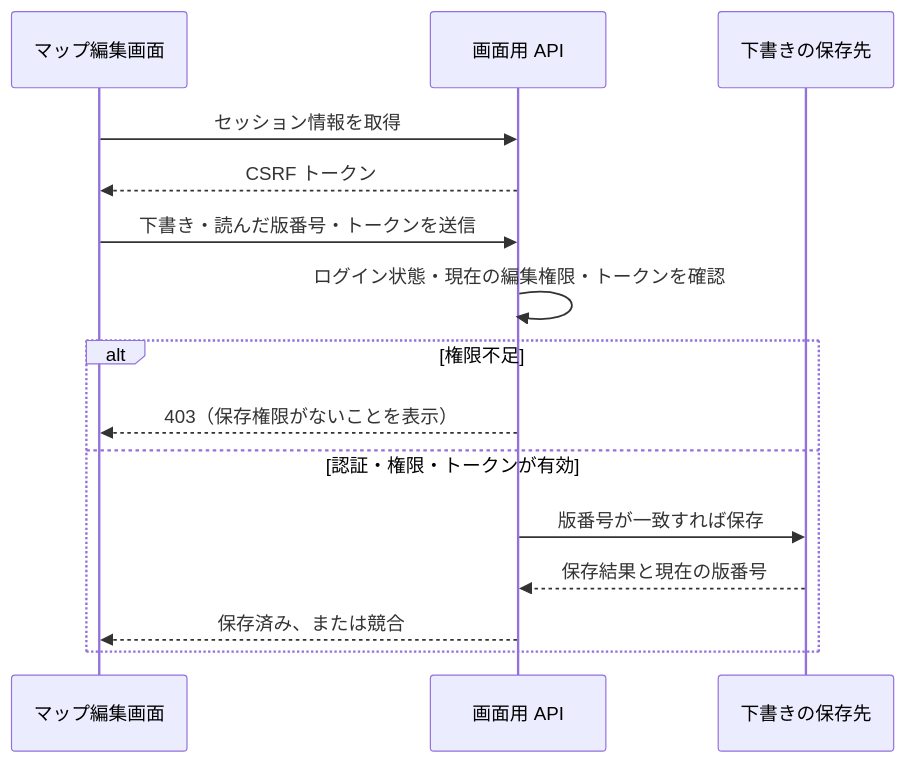
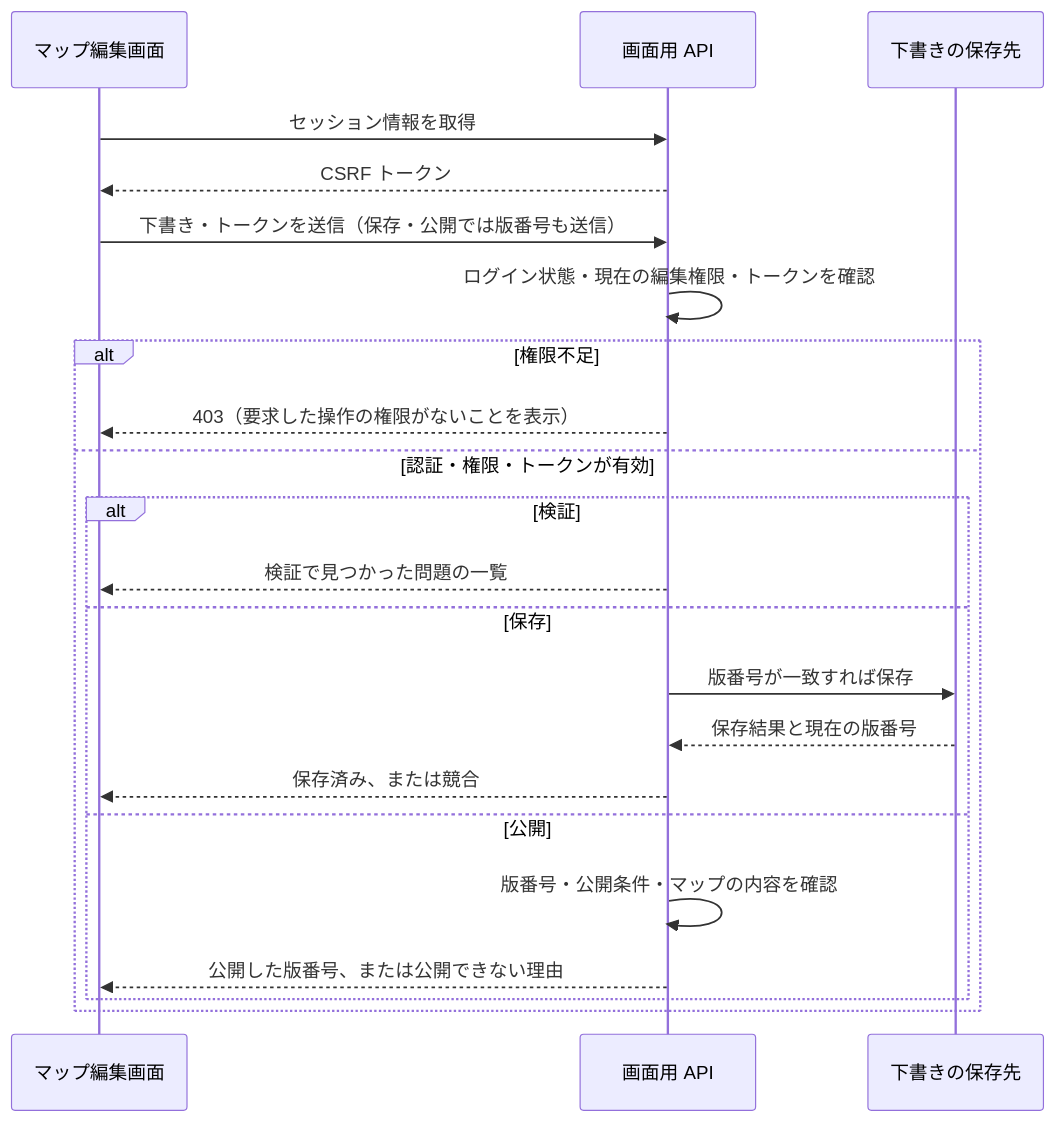
Diagram 14 of 17 in docs/development.md (kkobaoh/flow-hub), drawn with Mermaid before and after one commit. The commit also changed other lines of this file and 6 other files, not shown here.

````diff
--- a/docs/development.md
+++ b/docs/development.md
@@ -325,17 +325,24 @@
 ```mermaid
 sequenceDiagram
     participant UI as マップ編集画面
     participant API as 画面用 API
     participant Store as 下書きの保存先
     UI->>API: セッション情報を取得
     API-->>UI: CSRF トークン
-    UI->>API: 下書き・読んだ版番号・トークンを送信
+    UI->>API: 下書き・トークンを送信（保存・公開では版番号も送信）
     API->>API: ログイン状態・現在の編集権限・トークンを確認
     alt 権限不足
-        API-->>UI: 403（保存権限がないことを表示）
+        API-->>UI: 403（要求した操作の権限がないことを表示）
     else 認証・権限・トークンが有効
-        API->>Store: 版番号が一致すれば保存
-        Store-->>API: 保存結果と現在の版番号
-        API-->>UI: 保存済み、または競合
+        alt 検証
+            API-->>UI: 検証で見つかった問題の一覧
+        else 保存
+            API->>Store: 版番号が一致すれば保存
+            Store-->>API: 保存結果と現在の版番号
+            API-->>UI: 保存済み、または競合
+        else 公開
+            API->>API: 版番号・公開条件・マップの内容を確認
+            API-->>UI: 公開した版番号、または公開できない理由
+        end
     end
 ```
````
